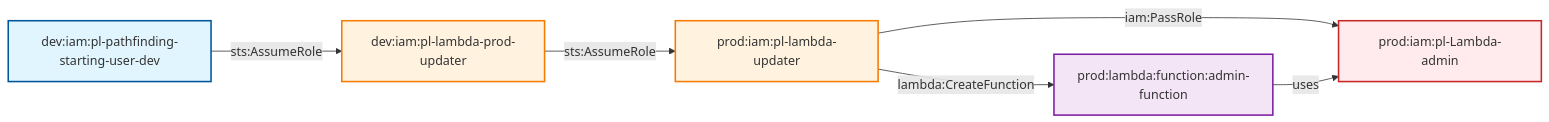
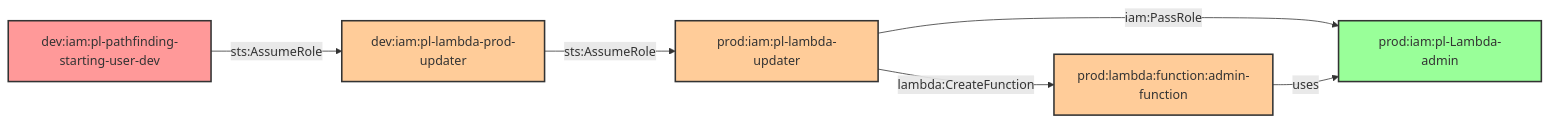
The diagram in modules/scenarios/cross-account/dev-to-prod/multi-hop/passrole-lambda-admin/README.md (DataDog/pathfinding-labs), drawn with Mermaid before and after one commit. The commit also changed other lines of this file and 109 other files, not shown here.

````diff
--- a/modules/scenarios/cross-account/dev-to-prod/multi-hop/passrole-lambda-admin/README.md
+++ b/modules/scenarios/cross-account/dev-to-prod/multi-hop/passrole-lambda-admin/README.md
@@ -21,27 +42,27 @@
 ```mermaid
 graph LR
     %% Nodes
     StartingUser[dev:iam:pl-pathfinding-starting-user-dev]
     DevRole[dev:iam:pl-lambda-prod-updater]
     ProdRole[prod:iam:pl-lambda-updater]
     LambdaAdmin[prod:iam:pl-Lambda-admin]
     LambdaFunction[prod:lambda:function:admin-function]
-    
+
     %% Edges
     StartingUser -->|sts:AssumeRole| DevRole
     DevRole -->|sts:AssumeRole| ProdRole
     ProdRole -->|iam:PassRole| LambdaAdmin
     ProdRole -->|lambda:CreateFunction| LambdaFunction
     LambdaFunction -->|uses| LambdaAdmin
-    
+
     %% Styling
-    classDef userNode fill:#e1f5fe,stroke:#01579b,stroke-width:2px
-    classDef roleNode fill:#fff3e0,stroke:#f57c00,stroke-width:2px
-    classDef adminNode fill:#ffebee,stroke:#c62828,stroke-width:2px
-    classDef serviceNode fill:#f3e5f5,stroke:#7b1fa2,stroke-width:2px
-    
+    classDef userNode fill:#ff9999,stroke:#333,stroke-width:2px
+    classDef roleNode fill:#ffcc99,stroke:#333,stroke-width:2px
+    classDef adminNode fill:#99ff99,stroke:#333,stroke-width:2px
+    classDef serviceNode fill:#ffcc99,stroke:#333,stroke-width:2px
+
     class StartingUser userNode
     class DevRole,ProdRole roleNode
     class LambdaAdmin adminNode
     class LambdaFunction serviceNode
 ```
````
